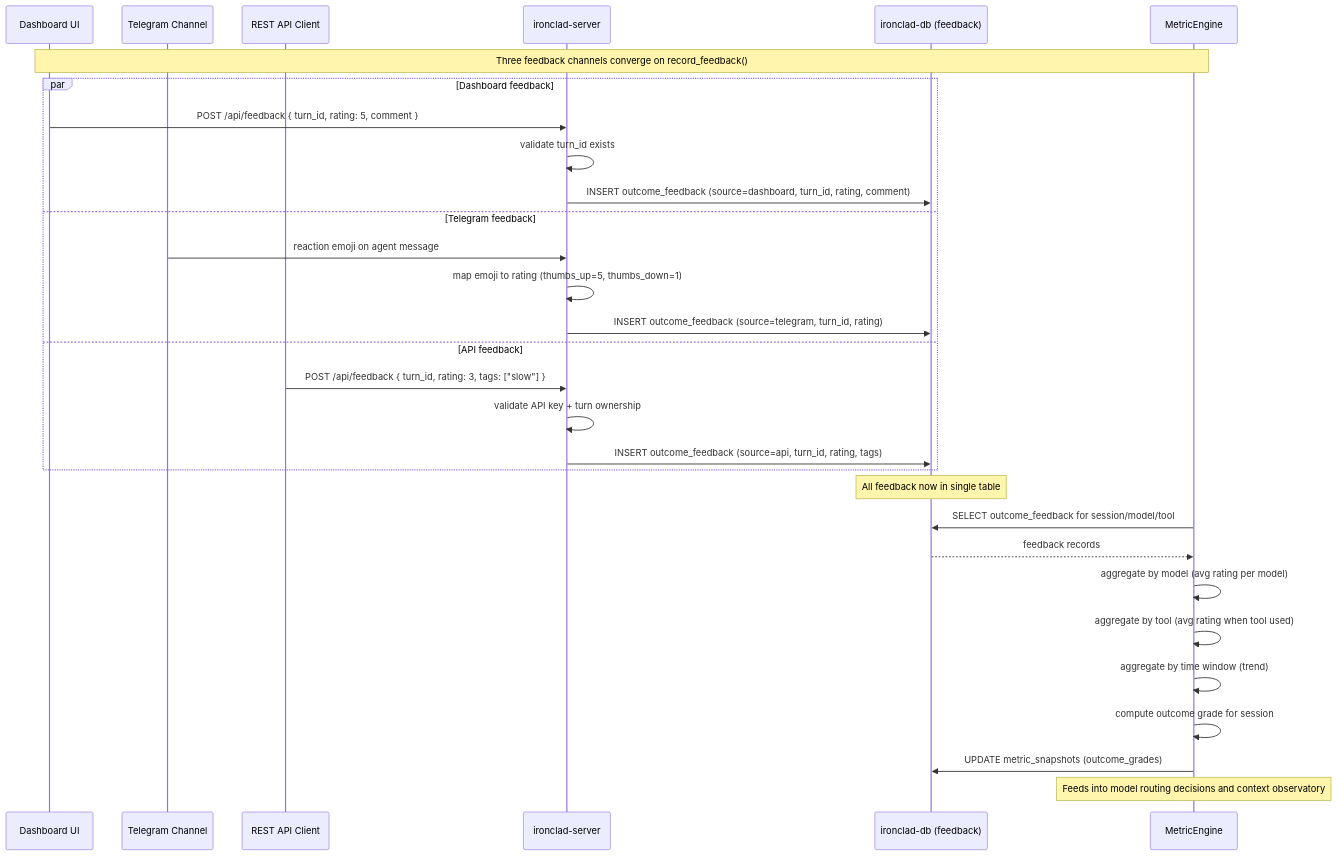
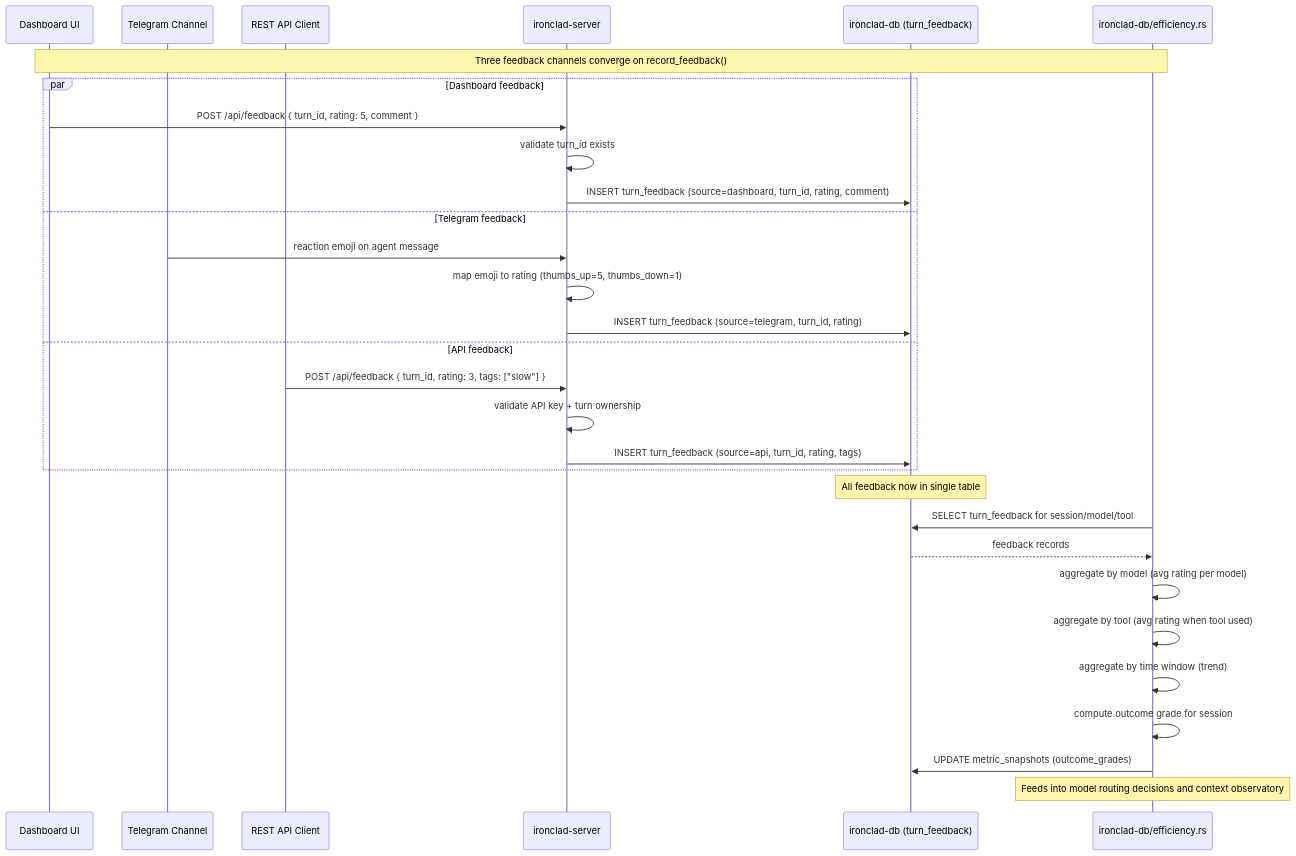
Before and after one commit to robot-accomplice/ironclad: diagram 11 of 13 in docs/architecture/ironclad-sequences.md, drawn with Mermaid. The commit also changed other lines of this file and 16 other files, not shown here.

First line of the commit message:
docs: remediate architecture drift — update all diagrams to v0.8.0

````diff
--- a/docs/architecture/ironclad-sequences.md
+++ b/docs/architecture/ironclad-sequences.md
@@ -740,36 +728,36 @@
 ```mermaid
 sequenceDiagram
     participant Dashboard as Dashboard UI
     participant Telegram as Telegram Channel
     participant API as REST API Client
     participant Server as ironclad-server
-    participant FeedbackDB as ironclad-db (feedback)
-    participant Metrics as MetricEngine
+    participant FeedbackDB as ironclad-db (turn_feedback)
+    participant Metrics as ironclad-db/efficiency.rs
 
     Note over Dashboard,Metrics: Three feedback channels converge on record_feedback()
 
     par Dashboard feedback
         Dashboard->>Server: POST /api/feedback { turn_id, rating: 5, comment }
         Server->>Server: validate turn_id exists
-        Server->>FeedbackDB: INSERT outcome_feedback (source=dashboard, turn_id, rating, comment)
+        Server->>FeedbackDB: INSERT turn_feedback (source=dashboard, turn_id, rating, comment)
     and Telegram feedback
         Telegram->>Server: reaction emoji on agent message
         Server->>Server: map emoji to rating (thumbs_up=5, thumbs_down=1)
-        Server->>FeedbackDB: INSERT outcome_feedback (source=telegram, turn_id, rating)
+        Server->>FeedbackDB: INSERT turn_feedback (source=telegram, turn_id, rating)
     and API feedback
         API->>Server: POST /api/feedback { turn_id, rating: 3, tags: ["slow"] }
         Server->>Server: validate API key + turn ownership
-        Server->>FeedbackDB: INSERT outcome_feedback (source=api, turn_id, rating, tags)
+        Server->>FeedbackDB: INSERT turn_feedback (source=api, turn_id, rating, tags)
     end
 
     Note over FeedbackDB: All feedback now in single table
 
-    Metrics->>FeedbackDB: SELECT outcome_feedback for session/model/tool
+    Metrics->>FeedbackDB: SELECT turn_feedback for session/model/tool
     FeedbackDB-->>Metrics: feedback records
     Metrics->>Metrics: aggregate by model (avg rating per model)
     Metrics->>Metrics: aggregate by tool (avg rating when tool used)
     Metrics->>Metrics: aggregate by time window (trend)
     Metrics->>Metrics: compute outcome grade for session
     Metrics->>FeedbackDB: UPDATE metric_snapshots (outcome_grades)
     Note over Metrics: Feeds into model routing decisions and context observatory
 ```
````
